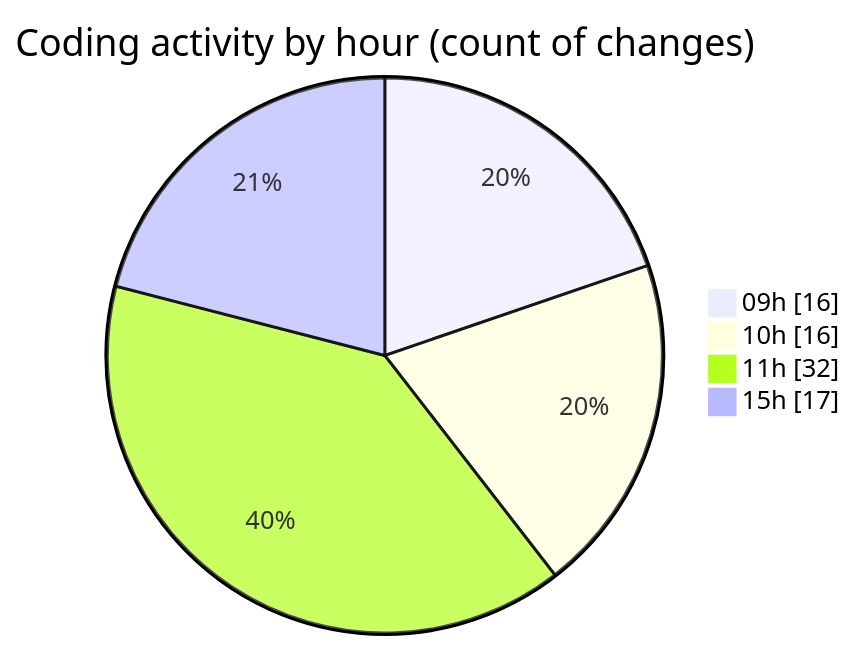
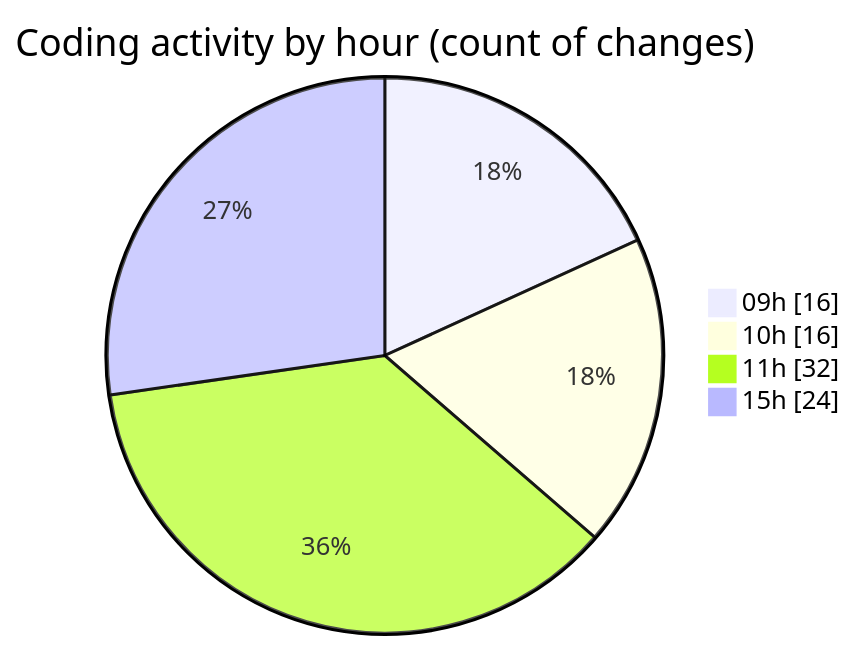
One commit to momahboobian/code-tracking changed the second of 2 diagrams in 2025-07-04/cda/README.md. Above: the diagram before and after it, drawn with Mermaid. The commit also changed other lines of this file and 1 other file, not shown here.

````diff
--- a/2025-07-04/cda/README.md
+++ b/2025-07-04/cda/README.md
@@ -46,8 +48,8 @@
 ```mermaid
 pie showData
 title Coding activity by hour (count of changes)
 "09h" : 16
 "10h" : 16
 "11h" : 32
-"15h" : 17
+"15h" : 24
 ```
````
